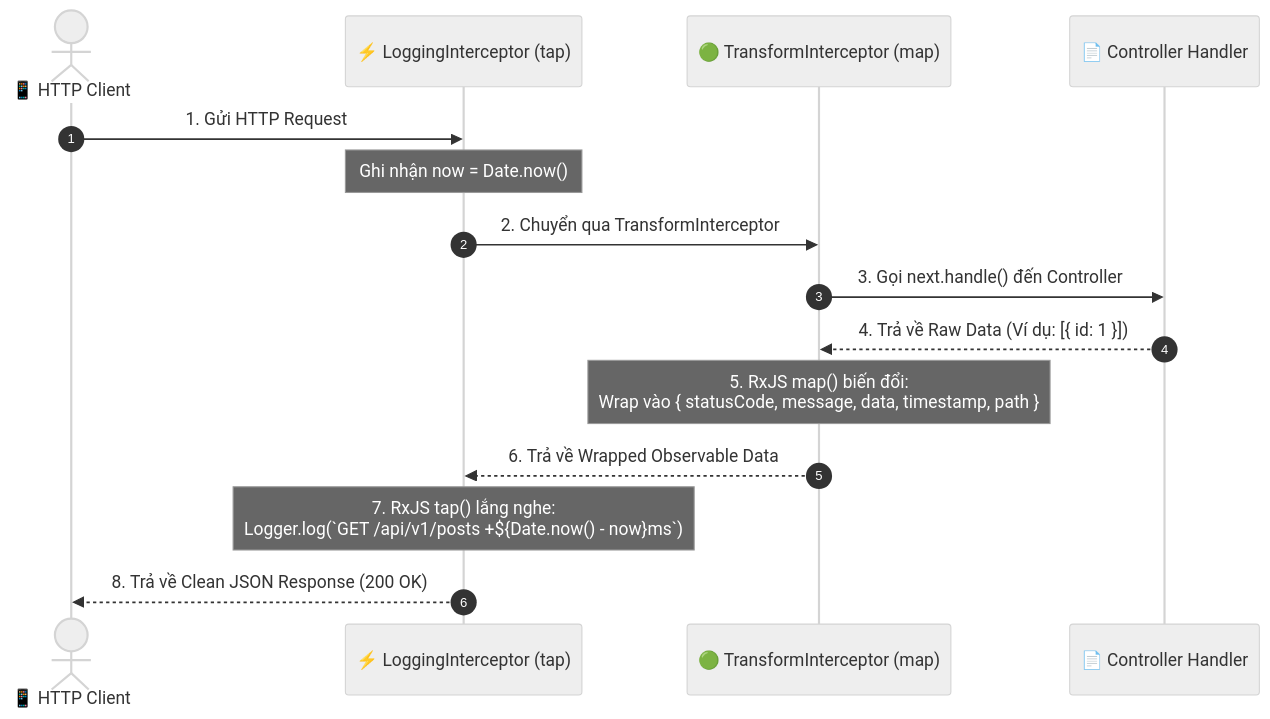
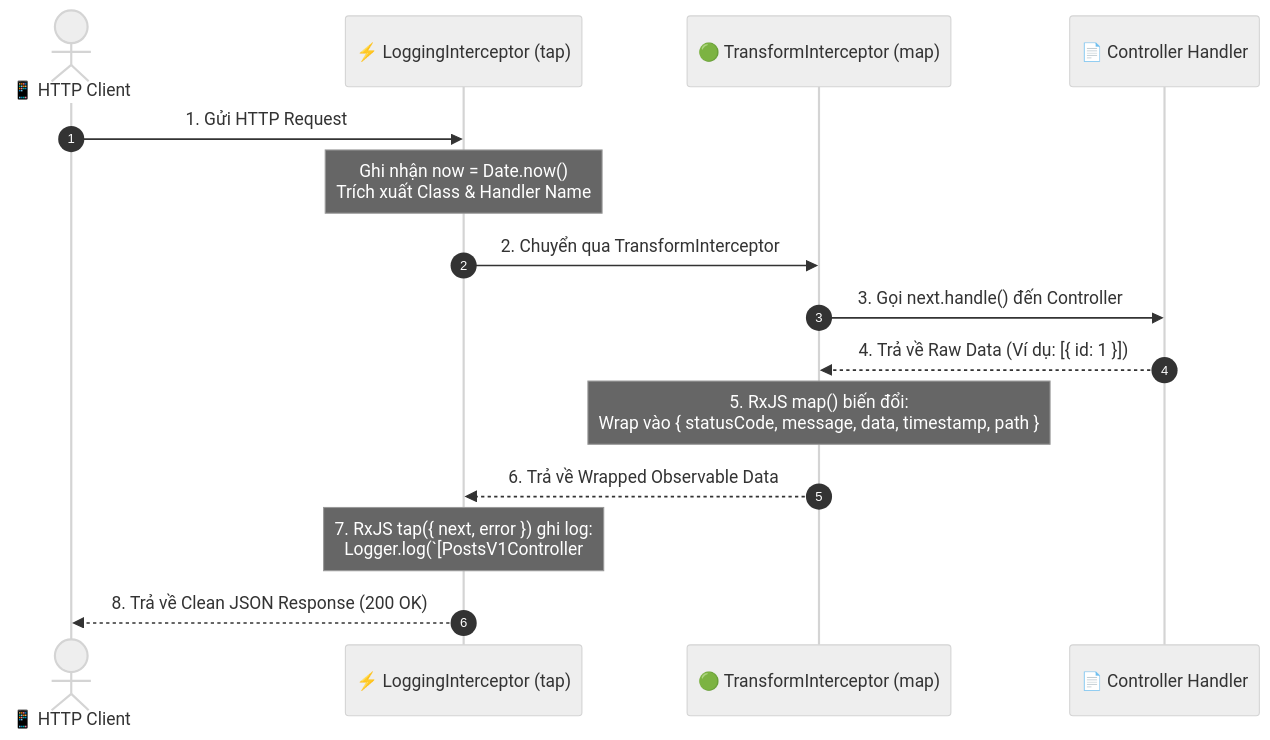
Before and after one commit to thanhmati/nestjs-basic-course: the third of 4 diagrams in docs/modules/module-03/lesson-3.5/lesson-3.5.md, drawn with Mermaid (neutral theme). The commit also changed other lines of this file, not shown here.

````diff
--- a/docs/modules/module-03/lesson-3.5/lesson-3.5.md
+++ b/docs/modules/module-03/lesson-3.5/lesson-3.5.md
@@ -61,20 +109,20 @@
 ```mermaid
 sequenceDiagram
     autonumber
     actor Client as 📱 HTTP Client
     participant LogInt as ⚡ LoggingInterceptor (tap)
     participant TransInt as 🟢 TransformInterceptor (map)
     participant Controller as 📄 Controller Handler
 
     Client->>LogInt: 1. Gửi HTTP Request
-    Note over LogInt: Ghi nhận now = Date.now()
+    Note over LogInt: Ghi nhận now = Date.now()<br/>Trích xuất Class & Handler Name
     LogInt->>TransInt: 2. Chuyển qua TransformInterceptor
     TransInt->>Controller: 3. Gọi next.handle() đến Controller
     Controller-->>TransInt: 4. Trả về Raw Data (Ví dụ: [{ id: 1 }])
 
     Note over TransInt: 5. RxJS map() biến đổi:<br/>Wrap vào { statusCode, message, data, timestamp, path }
     TransInt-->>LogInt: 6. Trả về Wrapped Observable Data
 
-    Note over LogInt: 7. RxJS tap() lắng nghe:<br/>Logger.log(`GET /api/v1/posts +${Date.now() - now}ms`)
+    Note over LogInt: 7. RxJS tap({ next, error }) ghi log:<br/>Logger.log(`[PostsV1Controller#findAll] GET /api/v1/posts +11ms`)
     LogInt-->>Client: 8. Trả về Clean JSON Response (200 OK)
 ```
````
